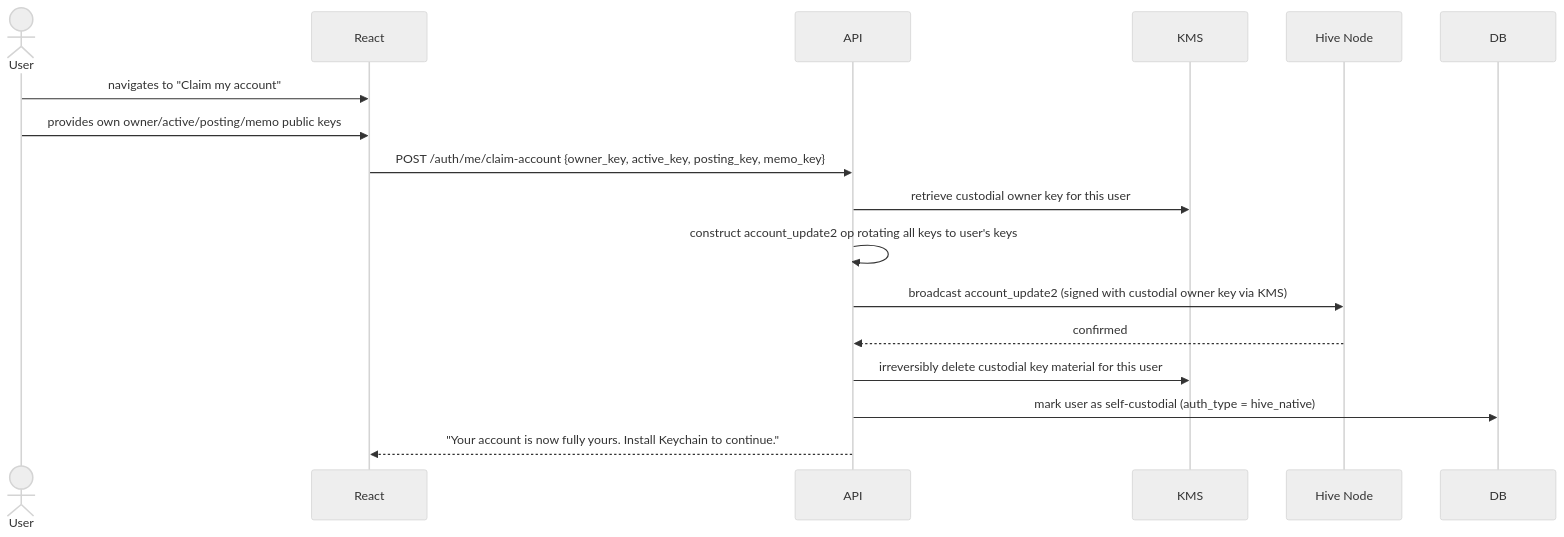
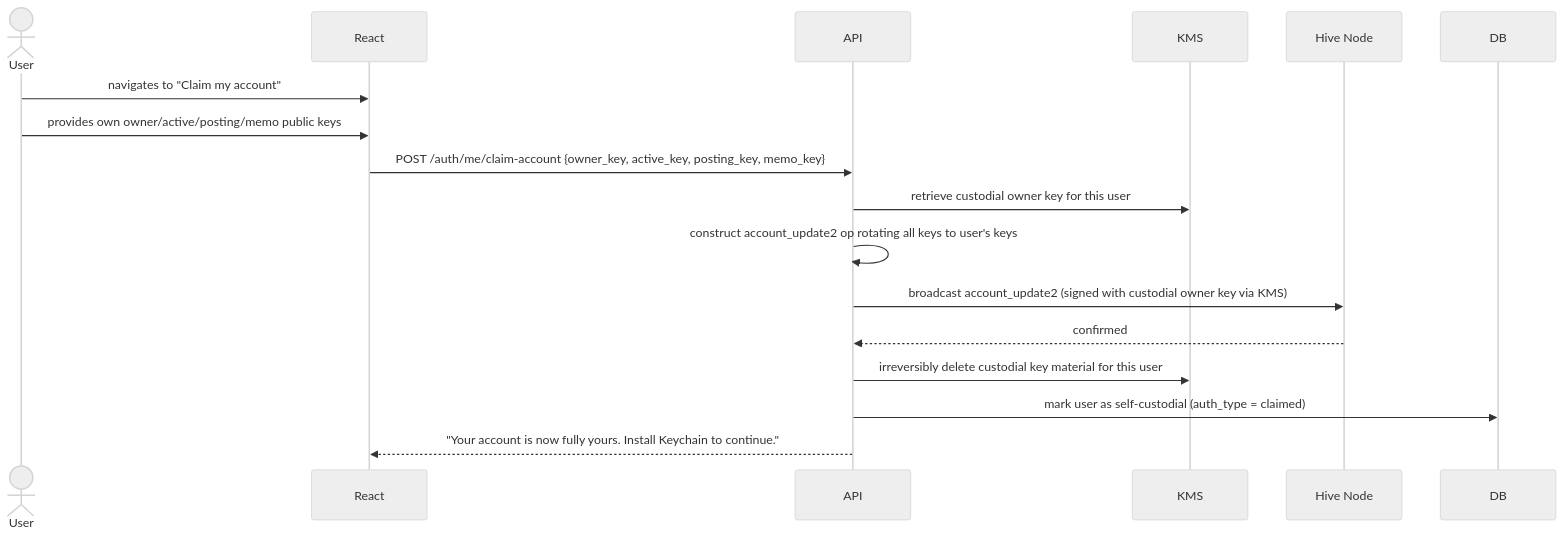
One commit to hdev-core/hive-freelance changed the third of 4 diagrams in Docs/[03] System_Architecture_Data_Model/[04] Auth_Roles_Strategy.md. Above: the diagram before and after it, drawn with Mermaid.

Commit message:
Update [04] Auth_Roles_Strategy.md

````diff
--- a/Docs/[03] System_Architecture_Data_Model/[04] Auth_Roles_Strategy.md
+++ b/Docs/[03] System_Architecture_Data_Model/[04] Auth_Roles_Strategy.md
@@ -122,20 +122,20 @@
 ```mermaid
 %%{init: {'theme': 'neutral'}}%%
 sequenceDiagram
     actor User
     participant React
     participant API
     participant KMS
     participant HiveNode as Hive Node
 
     User->>React: navigates to "Claim my account"
     User->>React: provides own owner/active/posting/memo public keys
     React->>API: POST /auth/me/claim-account {owner_key, active_key, posting_key, memo_key}
     API->>KMS: retrieve custodial owner key for this user
     API->>API: construct account_update2 op rotating all keys to user's keys
     API->>HiveNode: broadcast account_update2 (signed with custodial owner key via KMS)
     HiveNode-->>API: confirmed
     API->>KMS: irreversibly delete custodial key material for this user
-    API->>DB: mark user as self-custodial (auth_type = hive_native)
+    API->>DB: mark user as self-custodial (auth_type = claimed)
     API-->>React: "Your account is now fully yours. Install Keychain to continue."
 ```
````
